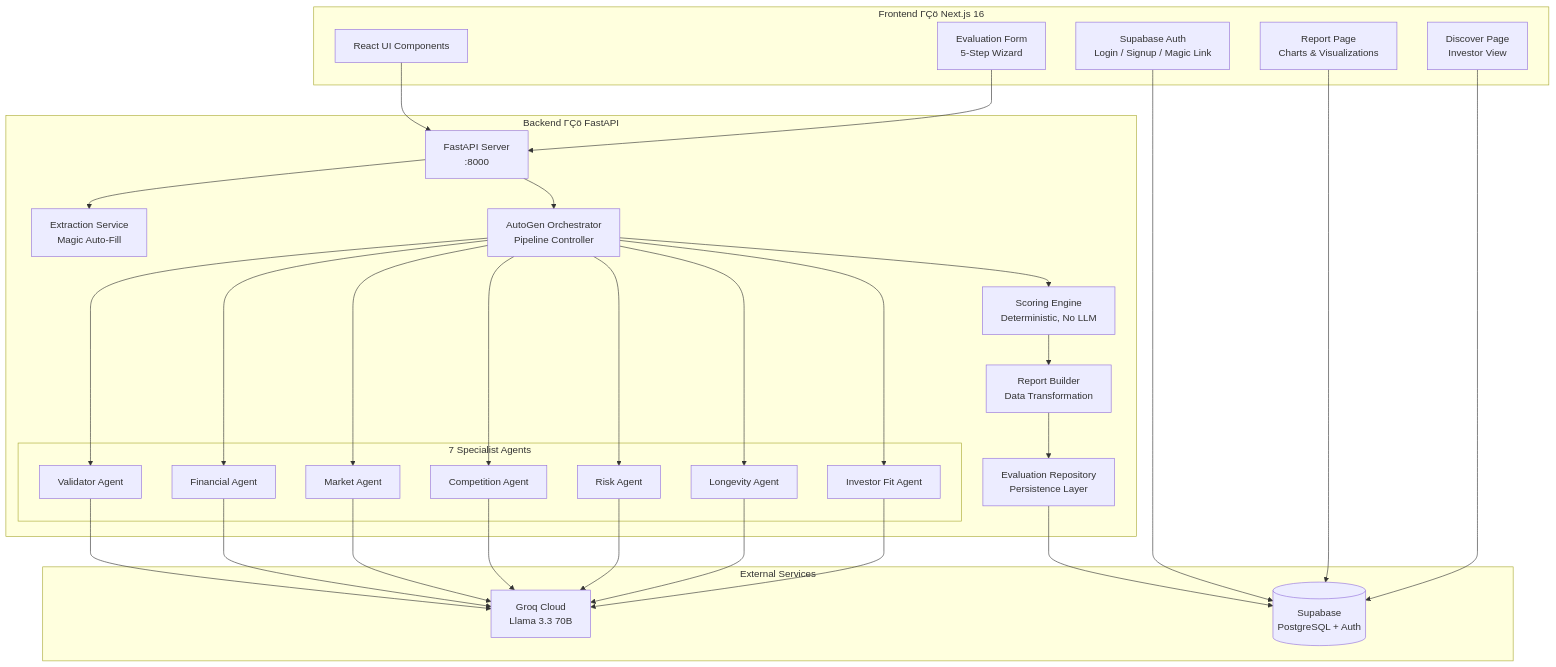
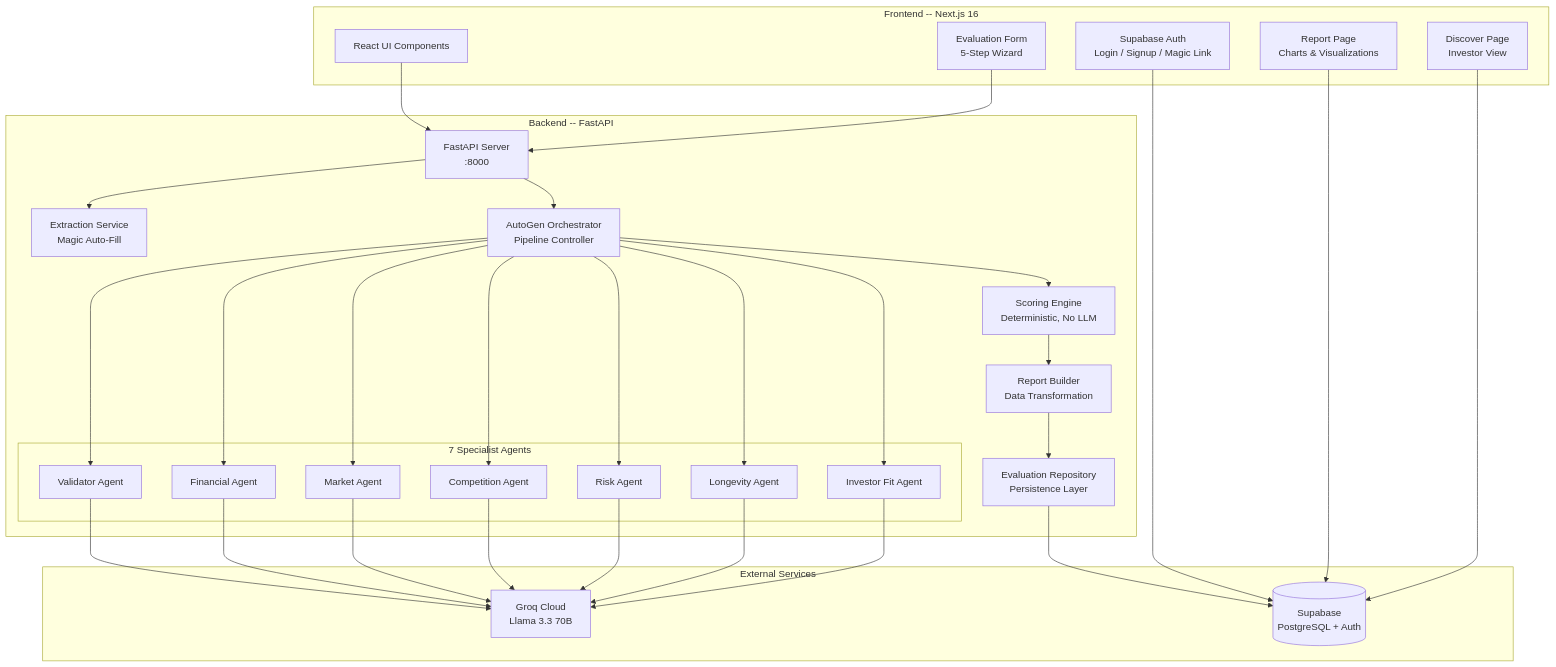
Before and after one commit to SameerShaik786/startup-idea-evaluator: the first of 9 diagrams in README.md, drawn with Mermaid. The commit also changed other lines of this file, not shown here.

````diff
--- a/README.md
+++ b/README.md
@@ -116,47 +116,47 @@
 ```mermaid
 graph TB
-    subgraph "Frontend ΓÇö Next.js 16"
+    subgraph "Frontend -- Next.js 16"
         UI[React UI Components]
         EF[Evaluation Form<br/>5-Step Wizard]
         RP[Report Page<br/>Charts & Visualizations]
         DP[Discover Page<br/>Investor View]
         AUTH[Supabase Auth<br/>Login / Signup / Magic Link]
     end
 
-    subgraph "Backend ΓÇö FastAPI"
+    subgraph "Backend -- FastAPI"
         API[FastAPI Server<br/>:8000]
         EXT[Extraction Service<br/>Magic Auto-Fill]
         ORCH[AutoGen Orchestrator<br/>Pipeline Controller]
         
         subgraph "7 Specialist Agents"
             VA[Validator Agent]
             FA[Financial Agent]
             MA[Market Agent]
             CA[Competition Agent]
             RA[Risk Agent]
             LA[Longevity Agent]
             IA[Investor Fit Agent]
         end
         
         SE[Scoring Engine<br/>Deterministic, No LLM]
         RB[Report Builder<br/>Data Transformation]
         REPO[Evaluation Repository<br/>Persistence Layer]
     end
 
     subgraph "External Services"
         GROQ[Groq Cloud<br/>Llama 3.3 70B]
         SB[(Supabase<br/>PostgreSQL + Auth)]
     end
 
     UI --> API
     EF --> API
     API --> EXT
     API --> ORCH
     ORCH --> VA & FA & MA & CA & RA & LA & IA
     VA & FA & MA & CA & RA & LA & IA --> GROQ
     ORCH --> SE --> RB --> REPO
     REPO --> SB
     AUTH --> SB
     RP --> SB
     DP --> SB
 ```
````
